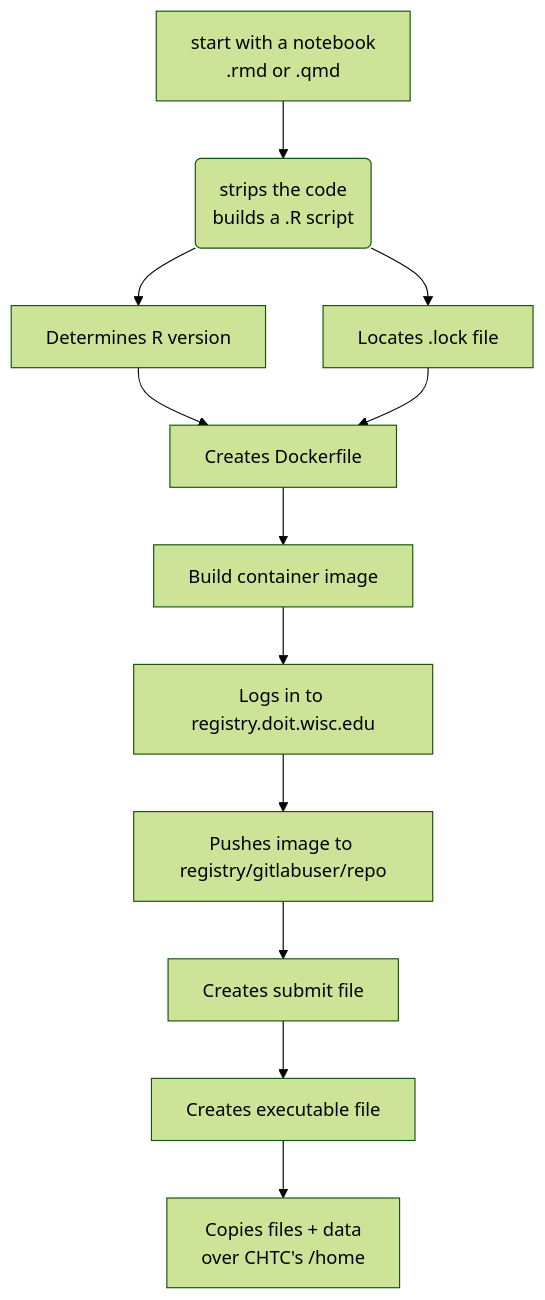
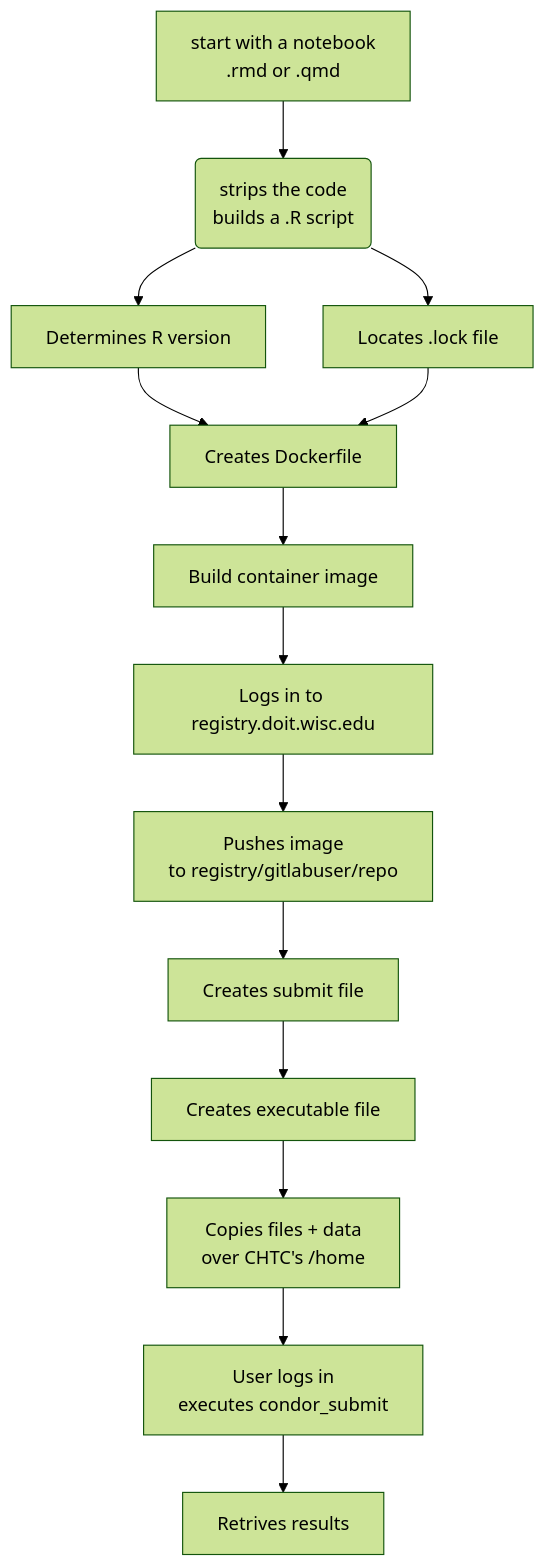
The diagram in htc-single-submit.qmd (erwinlares/single-submit), drawn with Mermaid (forest theme) before and after one commit. The commit also changed other lines of this file, not shown here.

````diff
--- a/htc-single-submit.qmd
+++ b/htc-single-submit.qmd
@@ -30,18 +32,20 @@
 ```{mermaid}
 
 %%| label: fig-shippingto-chtc
 %%| fig-cap: "Shipping an analysis to CHTC"
 
 flowchart TB
   A[start with a notebook<br> .rmd or .qmd] --> B(strips the code<br>builds a .R script)
   B --> C[Determines R version]
   B --> D[Locates .lock file]
   C --> E[Creates Dockerfile]
   D --> E
   E --> F[Build container image]
   F --> G[Logs in to registry.doit.wisc.edu]
-  G --> H[Pushes image to registry/gitlabuser/repo]
+  G --> H[Pushes image <br>to registry/gitlabuser/repo]
   H --> I[Creates submit file]
   I --> J[Creates executable file]
   J --> K[Copies files + data <br>over CHTC's /home ]
+  K --> L[User logs in <br> executes condor_submit]
+  L --> M[Retrives results]
 ```
````
